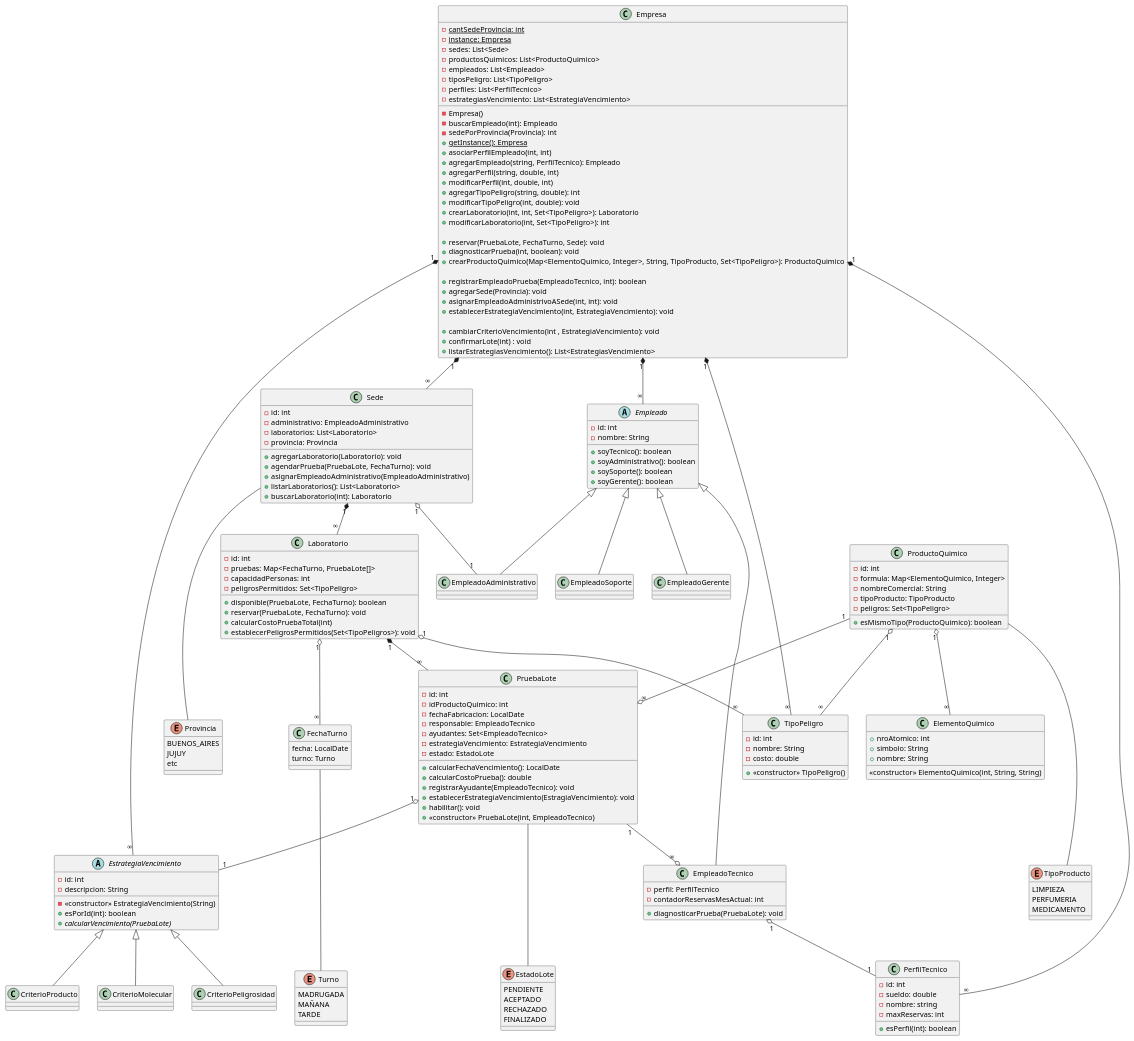
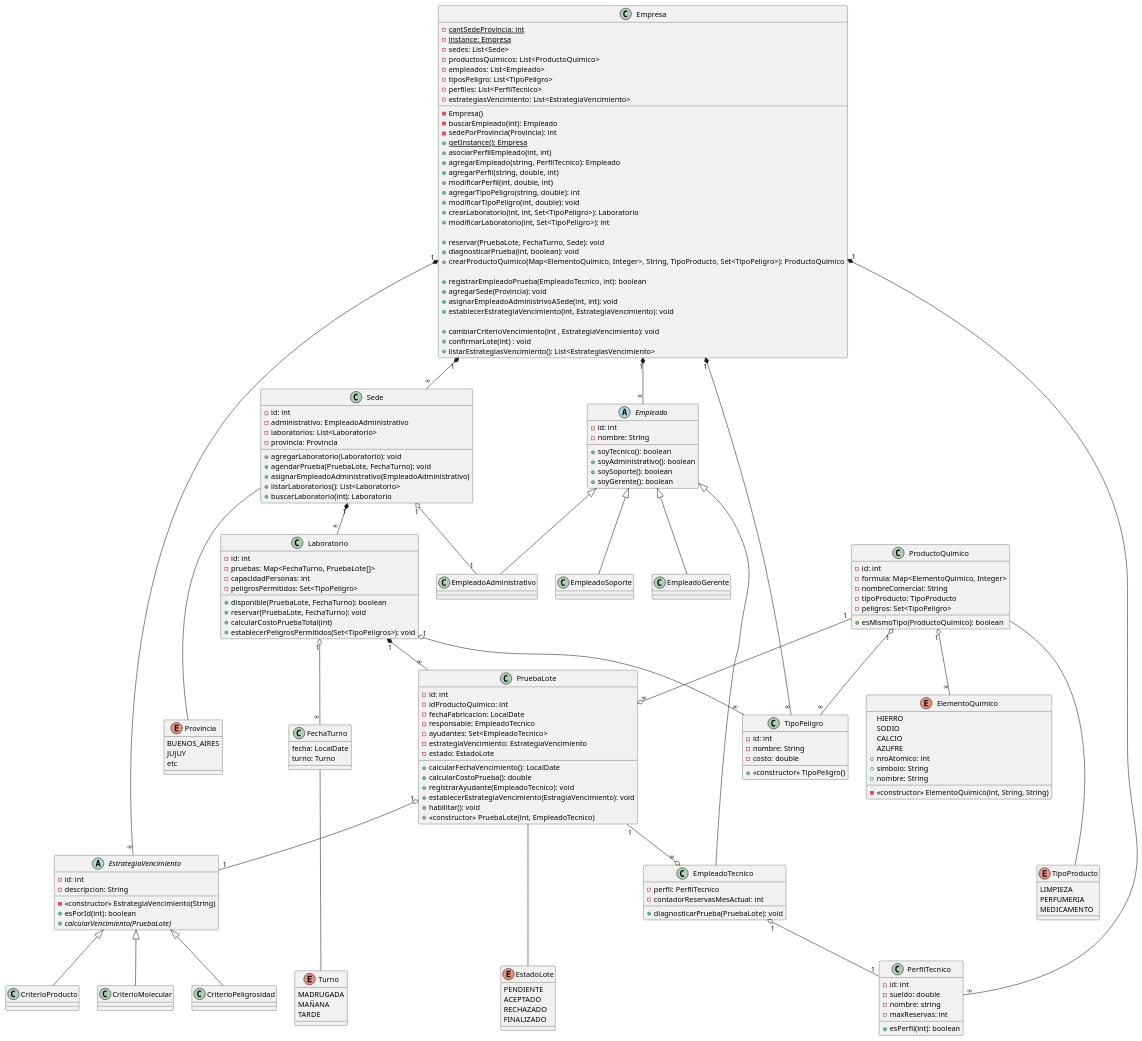
The diagram in diagramas/clases.plantuml (SrBigotones/UADE_TPO_OOP), drawn with PlantUML before and after one commit. The commit also changed 4 other files, not shown here.

```diff
--- a/diagramas/clases.plantuml
+++ b/diagramas/clases.plantuml
@@ -120,11 +120,15 @@
   TARDE
 }
 
-class ElementoQuimico {
+enum ElementoQuimico {
+  HIERRO
+  SODIO
+  CALCIO
+  AZUFRE
   + nroAtomico: int
   + simbolo: String
   + nombre: String
-  << constructor >> ElementoQuimico(int, String, String)
+  - << constructor >> ElementoQuimico(int, String, String)
 }
 
 abstract class Empleado {
```
